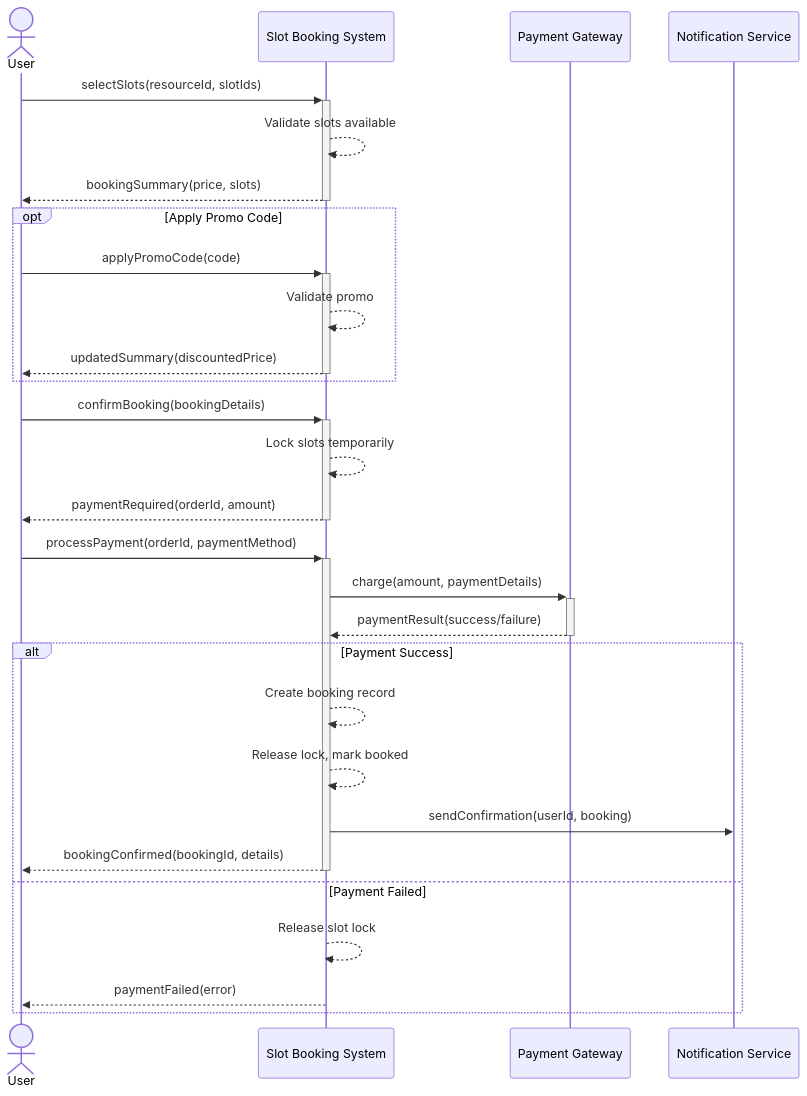
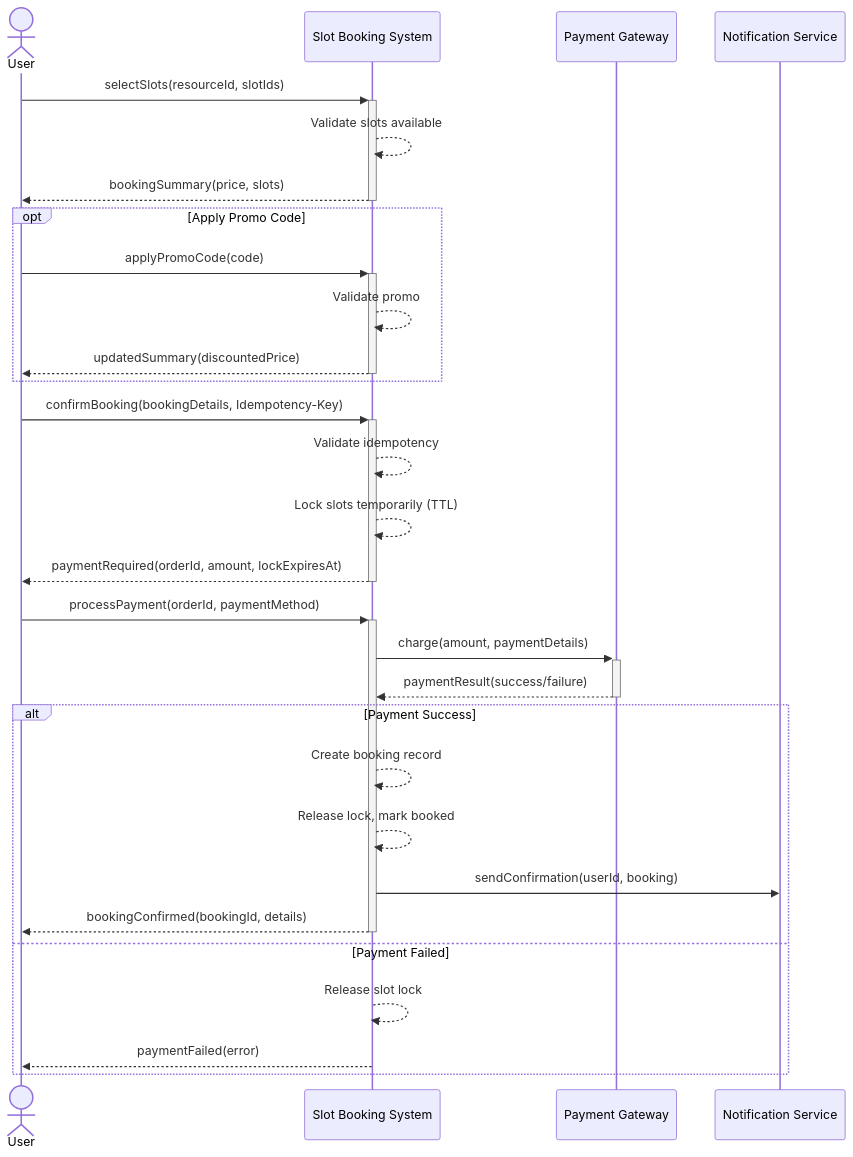
One commit to 0Ankit0/Project-Ideas changed the fourth of 11 diagrams in Slot Booking System/high-level-design/system-sequence-diagram.md. Above: the diagram before and after it, drawn with Mermaid. The commit also changed other lines of this file and 23 other files, not shown here.

First line of the commit message:
feat: Enhance Slot Booking System documentation and architecture

````diff
--- a/Slot Booking System/high-level-design/system-sequence-diagram.md
+++ b/Slot Booking System/high-level-design/system-sequence-diagram.md
@@ -82,35 +82,36 @@
 ```mermaid
 sequenceDiagram
     actor User
     participant System as Slot Booking System
     participant Payment as Payment Gateway
     participant Notify as Notification Service
     
     User->>+System: selectSlots(resourceId, slotIds)
     System-->>System: Validate slots available
     System-->>-User: bookingSummary(price, slots)
     
     opt Apply Promo Code
         User->>+System: applyPromoCode(code)
         System-->>System: Validate promo
         System-->>-User: updatedSummary(discountedPrice)
     end
     
-    User->>+System: confirmBooking(bookingDetails)
-    System-->>System: Lock slots temporarily
-    System-->>-User: paymentRequired(orderId, amount)
+    User->>+System: confirmBooking(bookingDetails, Idempotency-Key)
+    System-->>System: Validate idempotency
+    System-->>System: Lock slots temporarily (TTL)
+    System-->>-User: paymentRequired(orderId, amount, lockExpiresAt)
     
     User->>+System: processPayment(orderId, paymentMethod)
     System->>+Payment: charge(amount, paymentDetails)
     Payment-->>-System: paymentResult(success/failure)
     
     alt Payment Success
         System-->>System: Create booking record
         System-->>System: Release lock, mark booked
         System->>Notify: sendConfirmation(userId, booking)
         System-->>-User: bookingConfirmed(bookingId, details)
     else Payment Failed
         System-->>System: Release slot lock
         System-->>User: paymentFailed(error)
     end
 ```
````
